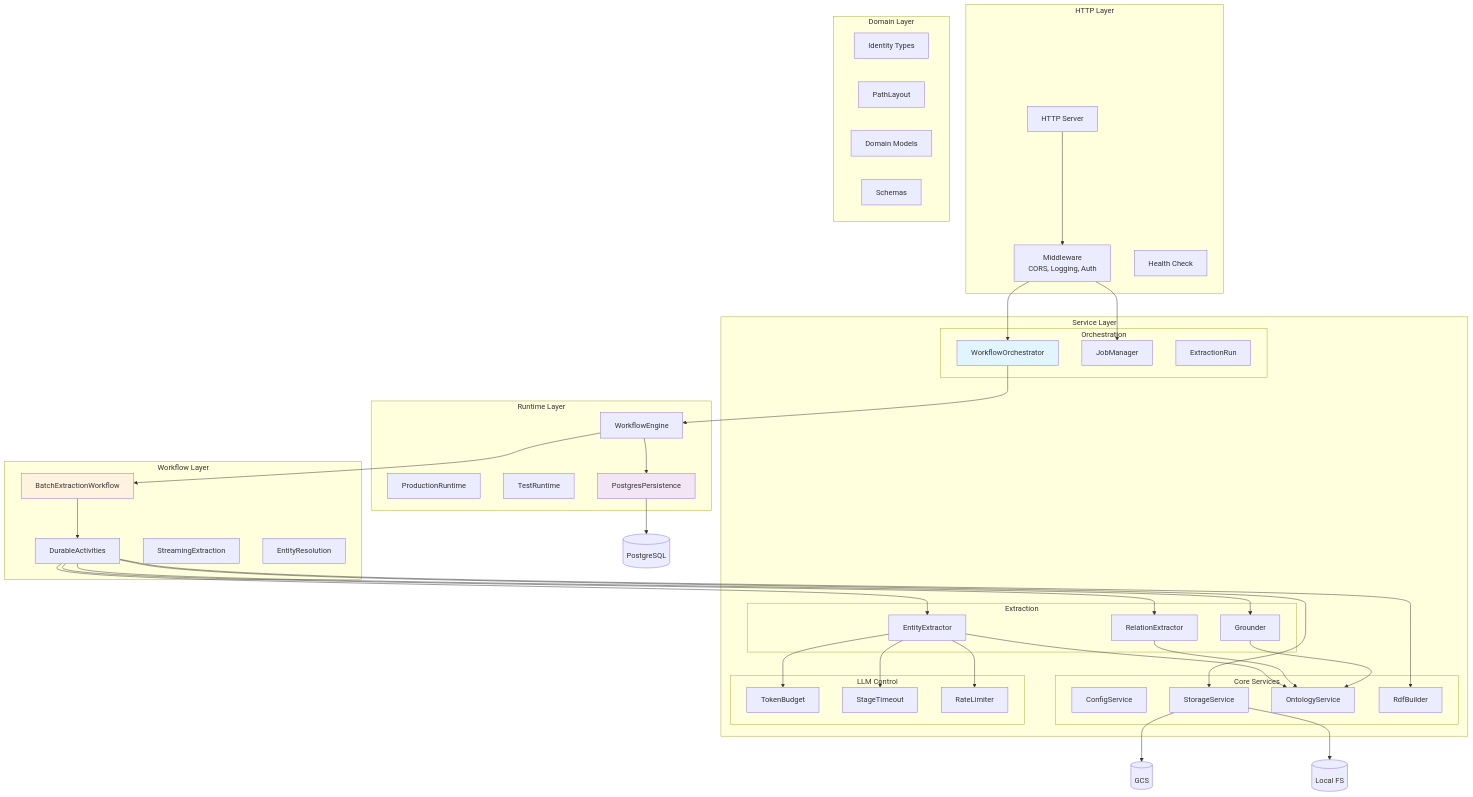
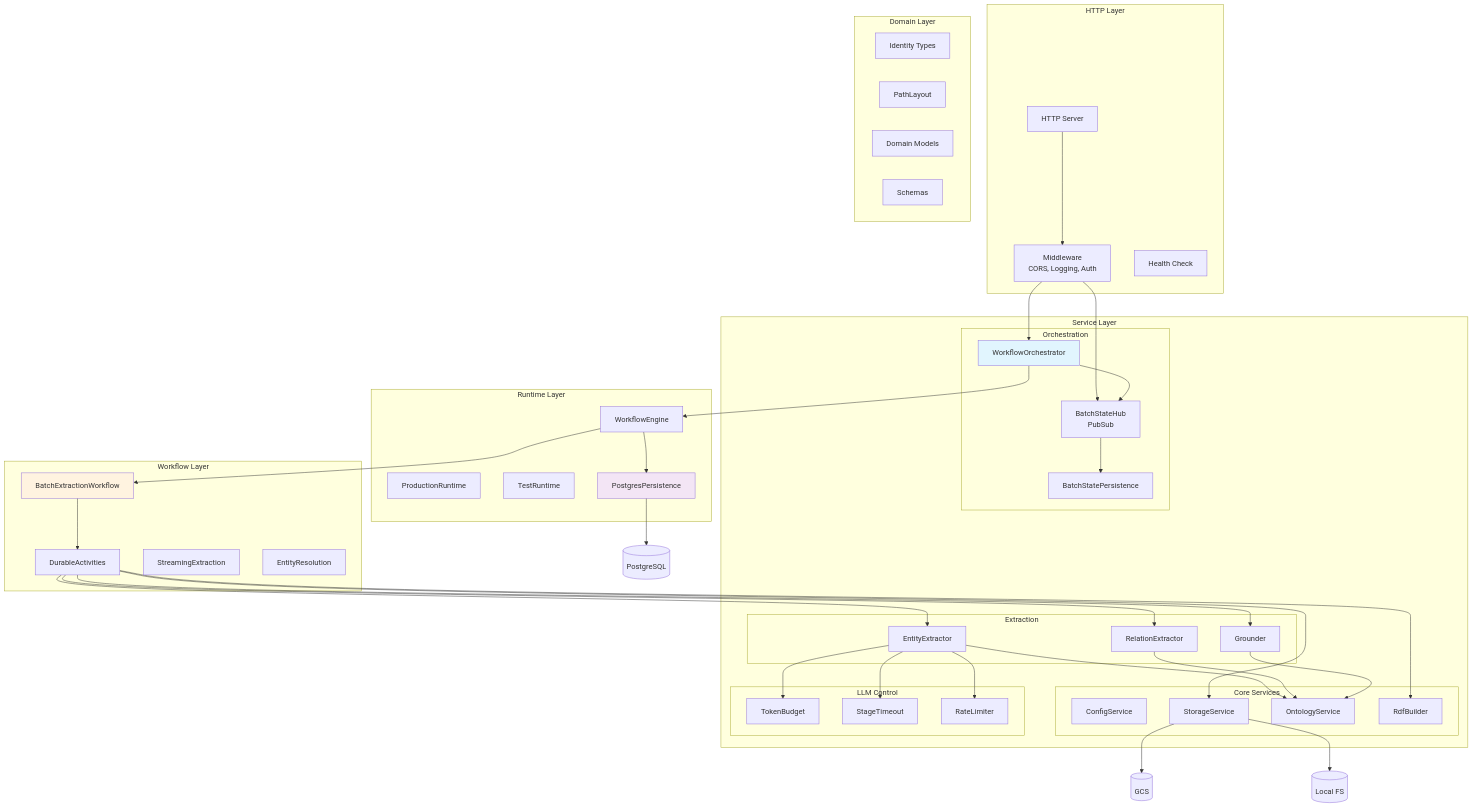
The second of 13 diagrams in packages/@core-v2/docs/architecture/system-architecture.md (mepuka/effect-ontology), drawn with Mermaid before and after one commit. The commit also changed other lines of this file and 58 other files, not shown here.

```diff
--- a/packages/@core-v2/docs/architecture/system-architecture.md
+++ b/packages/@core-v2/docs/architecture/system-architecture.md
@@ -68,8 +69,8 @@
     subgraph "Service Layer"
         subgraph "Orchestration"
             WO[WorkflowOrchestrator]
-            JM[JobManager]
-            ER[ExtractionRun]
+            BSH[BatchStateHub<br/>PubSub]
+            BSP[BatchStatePersistence]
         end
 
         subgraph "Extraction"
@@ -115,9 +116,11 @@
 
     API --> MW
     MW --> WO
-    MW --> JM
+    MW --> BSH
 
     WO --> WE
+    WO --> BSH
+    BSH --> BSP
     WE --> BW
     BW --> DA
 
```
